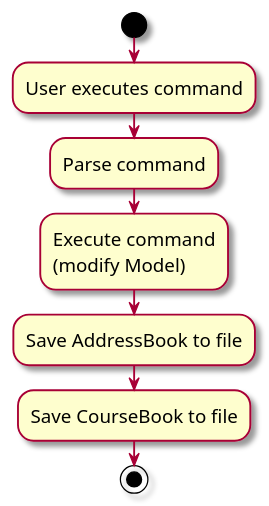
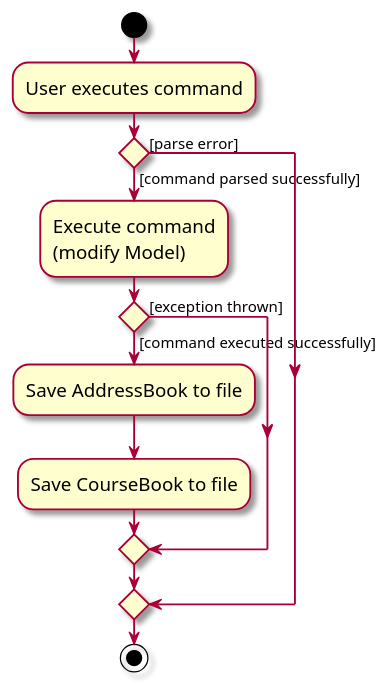
Before and after one commit to desmondwong1215/tp: the diagram in docs/diagrams/CommitActivityDiagram.puml, drawn with PlantUML. The commit also changed 5 other files, not shown here.

Commit message:
Improve UML diagrams based on teammate feedback

```diff
--- a/docs/diagrams/CommitActivityDiagram.puml
+++ b/docs/diagrams/CommitActivityDiagram.puml
@@ -1,13 +1,18 @@
 @startuml
 skin rose
 skinparam ActivityFontSize 15
 skinparam ArrowFontSize 12
 start
 :User executes command;
-:Parse command;
-:Execute command
-(modify Model);
-:Save AddressBook to file;
-:Save CourseBook to file;
+if () then ([command parsed successfully])
+  :Execute command
+  (modify Model);
+  if () then ([command executed successfully])
+    :Save AddressBook to file;
+    :Save CourseBook to file;
+  else ([exception thrown])
+  endif
+else ([parse error])
+endif
 stop
 @enduml
```
